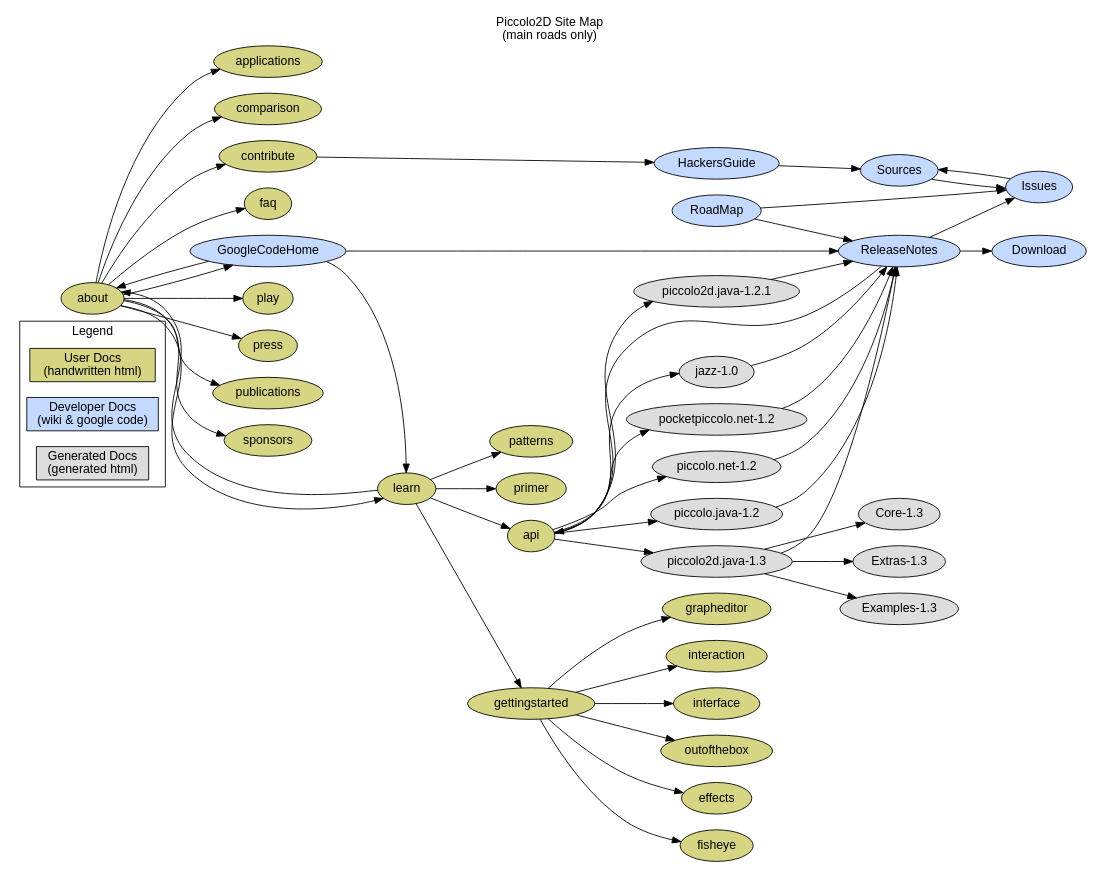
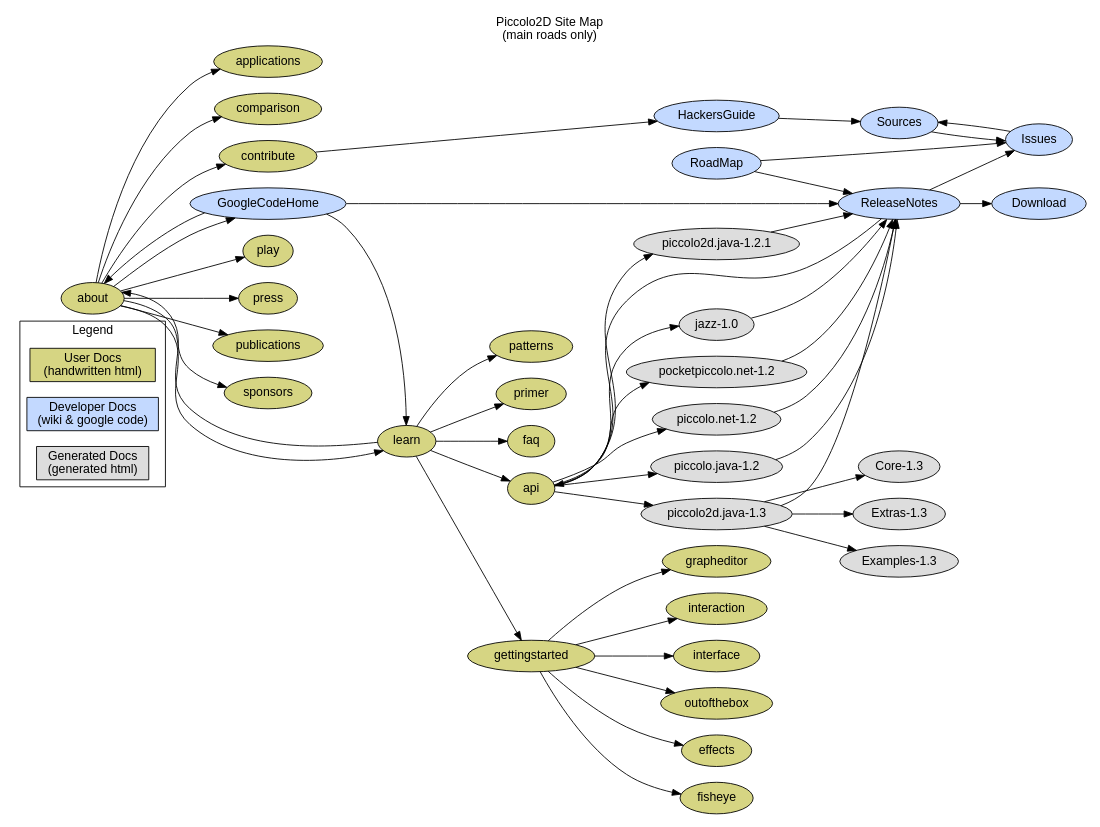
The diagram in site/sitemap.dot (google-code-export/piccolo2d), drawn with Graphviz before and after one commit. The commit also changed 136 other files, not shown here.

```diff
--- a/site/sitemap.dot
+++ b/site/sitemap.dot
@@ -1,132 +1,132 @@
 #!/usr/bin/dot -Tsvg -o sitemap.svg
 /*
 
 render: $ dot -Tsvg -o sitemap.svg sitemap.dot
 
     $Id$
 
 	See http://www.graphviz.org/Documentation.php
 	http://www.iua.upf.es/~dgarcia/Codders/DotUmlUseCases.html
 */
 digraph "Piccolo2D Site Map" {
 graph [	rankdir=LR,
 	fontname = "sans-serif",
 	label="Piccolo2D Site Map\n(main roads only)",
 	labelloc=t,
 	size = "12,12" ];
 node [	style=filled,
 	fontname = "sans-serif" ];
 
 /* legend */
 subgraph cluster_0 {
 label="Legend";
 node [shape=box,group="legend"];
 "User Docs\n(handwritten html)" [fillcolor="#d6d583"];
 "Developer Docs\n(wiki & google code)" [fillcolor="#c3d9ff"];
 "Generated Docs\n(generated html)" [fillcolor="#dddddd"];
 }
 
 node [shape=ellipse,target="_blank"];
 
 /* html */
 node [fillcolor="#d6d583",group="www"];
 
 about [URL="http://www.cs.umd.edu/hcil/piccolo/learn/about.shtml"];
 api [URL="http://www.cs.umd.edu/hcil/jazz/learn/api.shtml"];
 applications [URL="http://www.cs.umd.edu/hcil/jazz/applications/index.shtml"];
 comparison [URL="http://www.cs.umd.edu/hcil/jazz/learn/comparison.shtml"];
 contribute [URL="http://www.cs.umd.edu/hcil/jazz/contribute/index.shtml"];
 effects [URL="http://www.cs.umd.edu/hcil/piccolo/learn/effects.shtml"];
 faq [URL="http://www.cs.umd.edu/hcil/jazz/learn/dev-faq.shtml"];
 fisheye [URL="http://www.cs.umd.edu/hcil/piccolo/learn/fisheye.shtml"];
 gettingstarted [URL="http://www.cs.umd.edu/hcil/piccolo/learn/get-started.shtml"];
 grapheditor [URL="http://www.cs.umd.edu/hcil/piccolo/learn/grapheditor.shtml"];
 interaction [URL="http://www.cs.umd.edu/hcil/piccolo/learn/interaction.shtml"];
 interface [URL="http://www.cs.umd.edu/hcil/piccolo/learn/interface.shtml"];
 learn [URL="http://www.cs.umd.edu/hcil/jazz/learn/index.shtml"];
 outofthebox [URL="http://www.cs.umd.edu/hcil/piccolo/learn/out-of-box-java.shtml"];
 play [URL="http://www.cs.umd.edu/hcil/jazz/play/index.shtml"];
 press [URL="http://www.cs.umd.edu/hcil/jazz/press/index.shtml"];
 publications [URL="http://www.cs.umd.edu/hcil/jazz/learn/publications.shtml"];
 sponsors [URL="http://www.cs.umd.edu/hcil/jazz/team/sponsors.shtml"];
 patterns [URL="http://www.cs.umd.edu/hcil/jazz/learn/patterns.shtml"];
 primer [URL="http://www.cs.umd.edu/hcil/jazz/learn/graphics.shtml"];
 
 /* wiki */
 node [fillcolor="#c3d9ff",group="wiki"];
 
 /* DeveloperFAQ [URL="http://code.google.com/p/piccolo2d/wiki/DeveloperFAQ"]; */
 Download [URL="http://code.google.com/p/piccolo2d/downloads/list"];
 GoogleCodeHome [URL="http://code.google.com/p/piccolo2d/"];
 HackersGuide [URL="http://code.google.com/p/piccolo2d/wiki/HackersGuide"];
 Issues [URL="http://code.google.com/p/piccolo2d/issues"];
 ReleaseNotes [URL="http://code.google.com/p/piccolo2d/wiki/ReleaseNotes"];
 RoadMap [URL="http://code.google.com/p/piccolo2d/wiki/RoadMap"];
 Sources [URL="http://code.google.com/p/piccolo2d/wiki/CheckoutInstructions"];
 
 /* maven */
 node [fillcolor="#dddddd",group="autogen"];
 
 "jazz-1.0" [label="jazz-1.0"];
 "pp2d.net-1.2" [label="pocketpiccolo.net-1.2"];
 "p2d.net-1.2" [label="piccolo.net-1.2"];
 "p2d.java-1.2" [label="piccolo.java-1.2"];
 "p2d.java-1.2.1" [label="piccolo2d.java-1.2.1",URL="http://piccolo2d.googlecode.com/svn/site/piccolo2d.java/release-1.2.1"];
 "p2d.java-1.3" [label="piccolo2d.java-1.3",URL="http://piccolo2d.googlecode.com/svn/site/piccolo2d.java/release-1.3-SNAPSHOT/piccolo2d/index.html"];
 "Core-1.3" [URL="http://piccolo2d.googlecode.com/svn/site/piccolo2d.java/release-1.3-SNAPSHOT/piccolo2d-core/index.html"];
 "Extras-1.3" [URL="http://piccolo2d.googlecode.com/svn/site/piccolo2d.java/release-1.3-SNAPSHOT/piccolo2d-extras/index.html"];
 "Examples-1.3" [URL="http://piccolo2d.googlecode.com/svn/site/piccolo2d.java/release-1.3-SNAPSHOT/piccolo2d-examples/index.html"];
 
 
 GoogleCodeHome -> about;
 GoogleCodeHome -> learn;
 GoogleCodeHome -> ReleaseNotes;
 HackersGuide -> Sources;
 Issues -> Sources;
 ReleaseNotes -> api;
 ReleaseNotes -> Issues;
 ReleaseNotes -> Download;
 RoadMap -> Issues;
 RoadMap -> ReleaseNotes;
 Sources -> Issues;
 
 "jazz-1.0" -> ReleaseNotes;
 "p2d.java-1.2.1" -> ReleaseNotes;
 "p2d.java-1.2" -> ReleaseNotes;
 "p2d.java-1.3" -> "Core-1.3";
 "p2d.java-1.3" -> "Examples-1.3";
 "p2d.java-1.3" -> "Extras-1.3";
 "p2d.java-1.3" -> ReleaseNotes;
 "p2d.net-1.2" -> ReleaseNotes;
 "pp2d.net-1.2" -> ReleaseNotes;
 
 about -> applications;
 about -> comparison;
 about -> contribute;
-about -> faq;
+learn -> faq;
 about -> GoogleCodeHome;
 about -> learn;
 about -> play;
 about -> press;
 about -> publications;
 about -> sponsors;
 api -> "jazz-1.0";
 api -> "p2d.java-1.2";
 api -> "p2d.java-1.2.1";
 api -> "p2d.java-1.3";
 api -> "p2d.net-1.2";
 api -> "pp2d.net-1.2";
 contribute -> HackersGuide;
 gettingstarted -> effects;
 gettingstarted -> fisheye;
 gettingstarted -> grapheditor;
 gettingstarted -> interaction;
 gettingstarted -> interface;
 gettingstarted -> outofthebox;
 learn -> about;
 learn -> api;
 learn -> gettingstarted;
 learn -> patterns;
 learn -> primer;
 
 }
```
